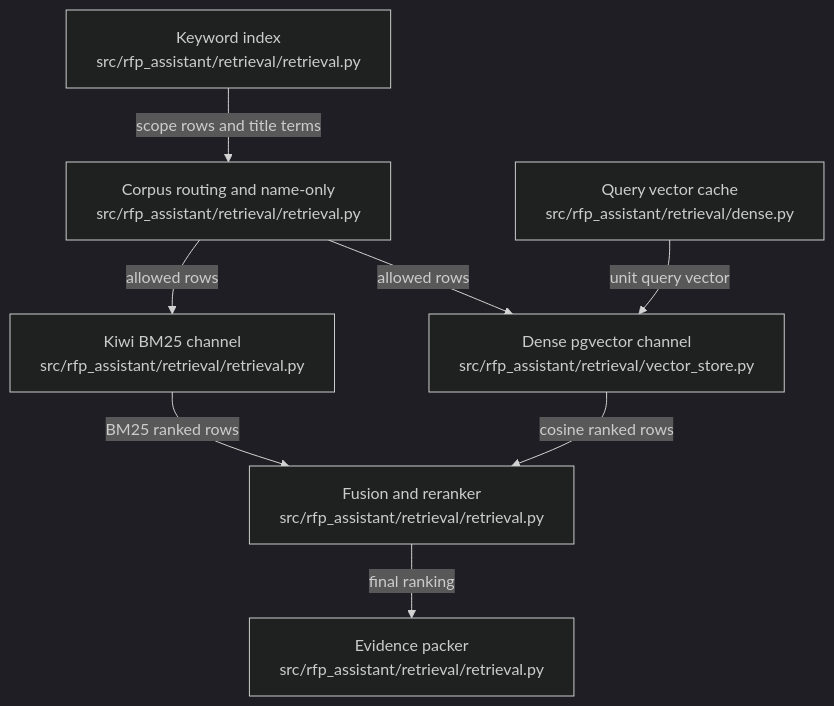
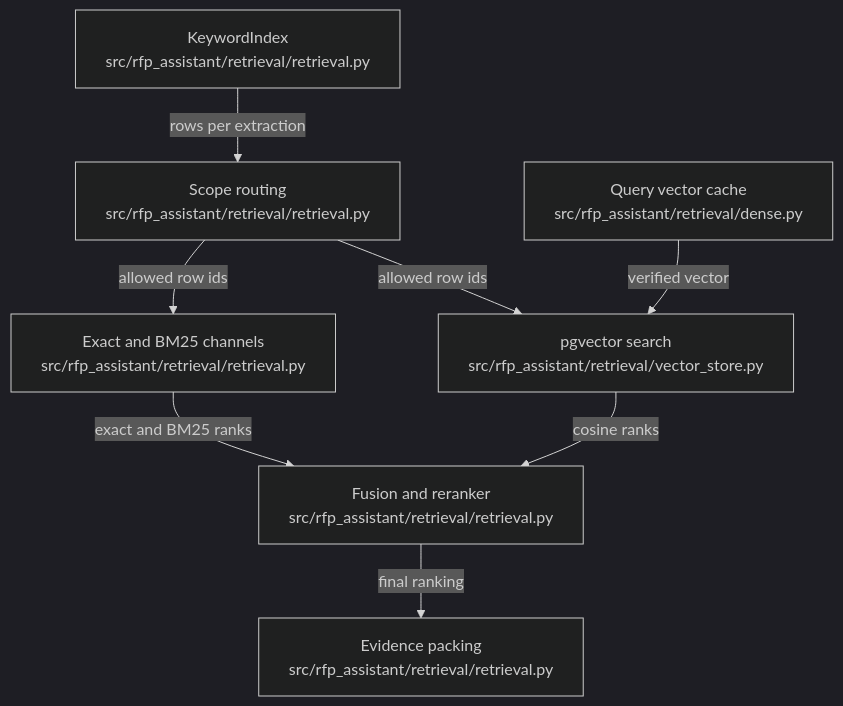
One commit to littleeeeebit/project-codeit-mid changed the diagram in .omm/overall-architecture/retrieval-engine/diagram.mmd. Above: the diagram before and after it, drawn with Mermaid (dark theme). The commit also changed 413 other files, not shown here.

```diff
--- a/.omm/overall-architecture/retrieval-engine/diagram.mmd
+++ b/.omm/overall-architecture/retrieval-engine/diagram.mmd
@@ -1,15 +1,15 @@
 graph TD
-  keyword-index["Keyword index\nsrc/rfp_assistant/retrieval/retrieval.py"]
-  corpus-routing["Corpus routing and name-only\nsrc/rfp_assistant/retrieval/retrieval.py"]
-  lexical-channel["Kiwi BM25 channel\nsrc/rfp_assistant/retrieval/retrieval.py"]
-  query-embedding["Query vector cache\nsrc/rfp_assistant/retrieval/dense.py"]
-  dense-channel["Dense pgvector channel\nsrc/rfp_assistant/retrieval/vector_store.py"]
+  keyword-index["KeywordIndex\nsrc/rfp_assistant/retrieval/retrieval.py"]
+  scope-routing["Scope routing\nsrc/rfp_assistant/retrieval/retrieval.py"]
+  lexical-channels["Exact and BM25 channels\nsrc/rfp_assistant/retrieval/retrieval.py"]
+  query-vector["Query vector cache\nsrc/rfp_assistant/retrieval/dense.py"]
+  dense-search["pgvector search\nsrc/rfp_assistant/retrieval/vector_store.py"]
   fusion-rerank["Fusion and reranker\nsrc/rfp_assistant/retrieval/retrieval.py"]
-  evidence-packer["Evidence packer\nsrc/rfp_assistant/retrieval/retrieval.py"]
-  keyword-index -->|scope rows and title terms| corpus-routing
-  corpus-routing -->|allowed rows| lexical-channel
-  corpus-routing -->|allowed rows| dense-channel
-  query-embedding -->|unit query vector| dense-channel
-  lexical-channel -->|BM25 ranked rows| fusion-rerank
-  dense-channel -->|cosine ranked rows| fusion-rerank
-  fusion-rerank -->|final ranking| evidence-packer
+  evidence-packing["Evidence packing\nsrc/rfp_assistant/retrieval/retrieval.py"]
+  keyword-index -->|"rows per extraction"| scope-routing
+  scope-routing -->|"allowed row ids"| lexical-channels
+  query-vector -->|"verified vector"| dense-search
+  scope-routing -->|"allowed row ids"| dense-search
+  lexical-channels -->|"exact and BM25 ranks"| fusion-rerank
+  dense-search -->|"cosine ranks"| fusion-rerank
+  fusion-rerank -->|"final ranking"| evidence-packing
```
